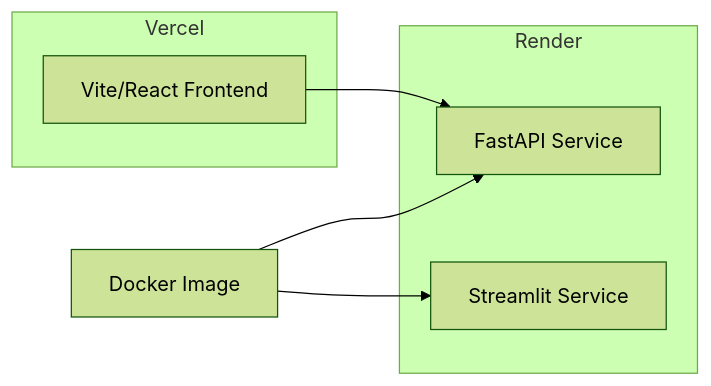
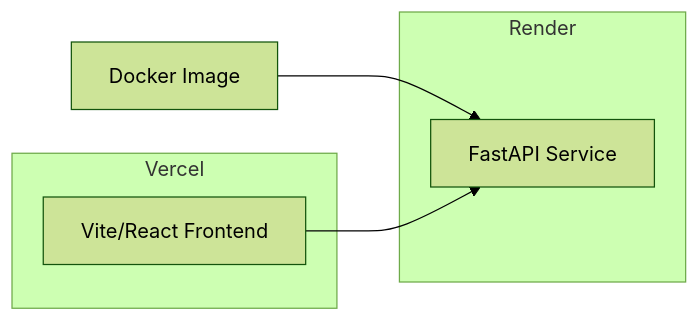
The eighth of 8 diagrams in README.md (A-I-Jeremiah/Smart-Career-Portal), drawn with Mermaid (forest theme) before and after one commit. The commit also changed other lines of this file, not shown here.

````diff
--- a/README.md
+++ b/README.md
@@ -193,13 +187,11 @@
 ```mermaid
 graph LR
     subgraph Render
         FastAPI[FastAPI Service]
-        StreamlitApp[Streamlit Service]
     end
     subgraph Vercel
         Frontend[Vite/React Frontend]
     end
     Docker[Docker Image] --> FastAPI
-    Docker --> StreamlitApp
     Frontend --> FastAPI
 ```
````
